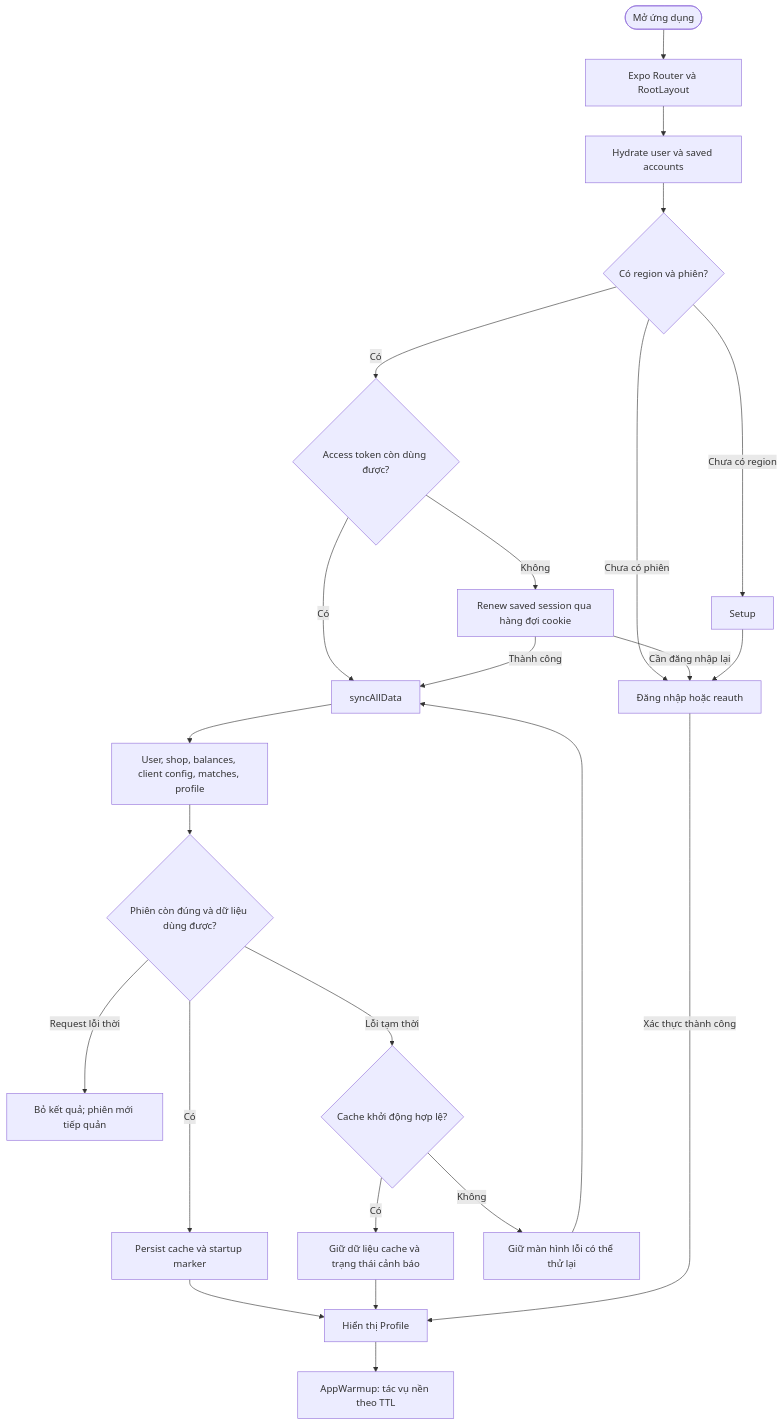
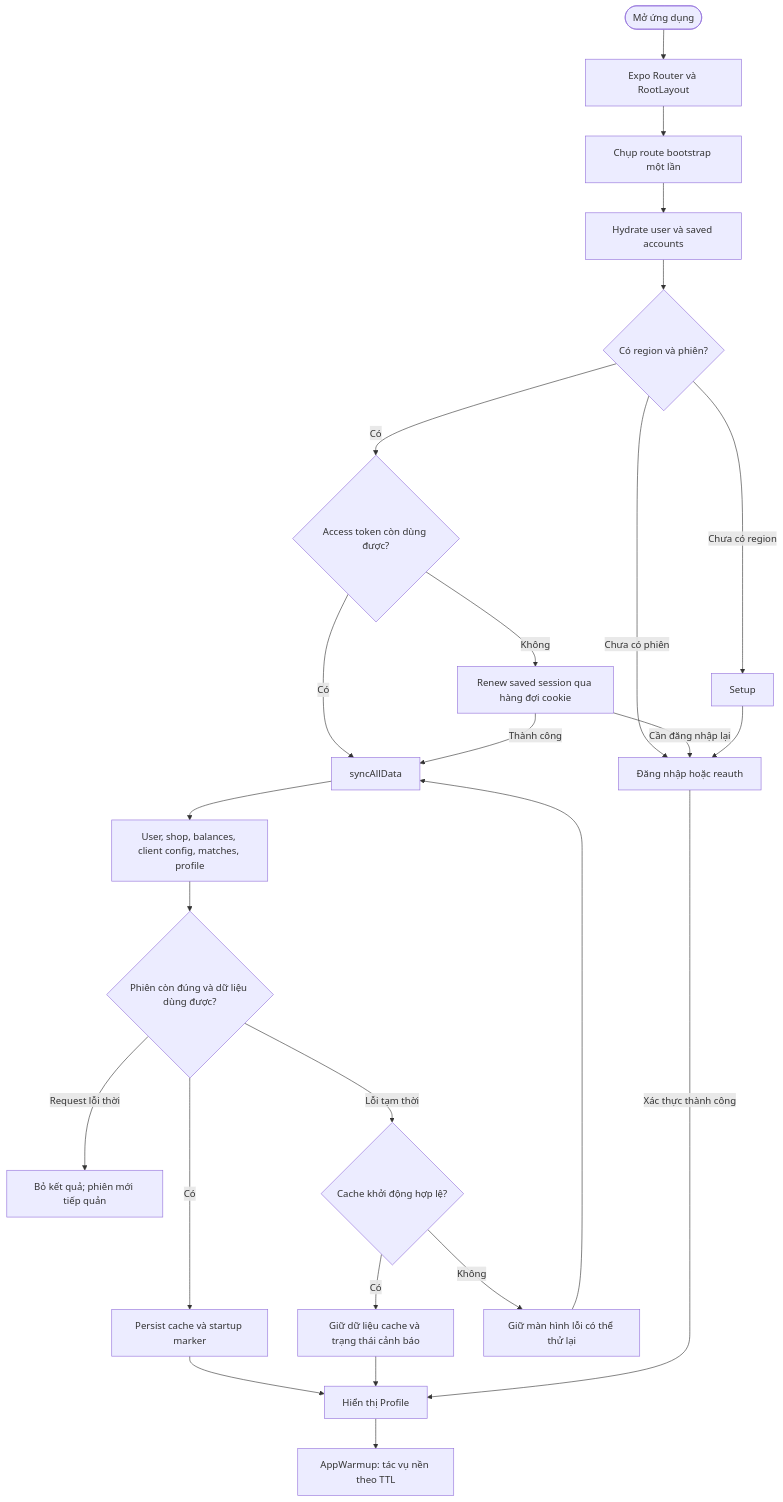
The diagram in markdown/01-flowchart.md (GinzaTech/Vshop), drawn with Mermaid before and after one commit. The commit also changed other lines of this file and 56 other files, not shown here.

````diff
--- a/markdown/01-flowchart.md
+++ b/markdown/01-flowchart.md
@@ -5,26 +5,27 @@
 ```mermaid
 flowchart TD
     A([Mở ứng dụng]) --> B[Expo Router và RootLayout]
-    B --> C[Hydrate user và saved accounts]
+    B --> B1[Chụp route bootstrap một lần]
+    B1 --> C[Hydrate user và saved accounts]
     C --> D{Có region và phiên?}
     D -- Chưa có region --> E[Setup]
     D -- Chưa có phiên --> F[Đăng nhập hoặc reauth]
     D -- Có --> G{Access token còn dùng được?}
     G -- Không --> H[Renew saved session qua hàng đợi cookie]
     G -- Có --> I[syncAllData]
     H -- Thành công --> I
     H -- Cần đăng nhập lại --> F
     I --> J[User, shop, balances, client config, matches, profile]
     J --> K{Phiên còn đúng và dữ liệu dùng được?}
     K -- Có --> L[Persist cache và startup marker]
     L --> M[Hiển thị Profile]
     M --> N[AppWarmup: tác vụ nền theo TTL]
     K -- Request lỗi thời --> O[Bỏ kết quả; phiên mới tiếp quản]
     K -- Lỗi tạm thời --> P{Cache khởi động hợp lệ?}
     P -- Có --> Q[Giữ dữ liệu cache và trạng thái cảnh báo]
     Q --> M
     P -- Không --> R[Giữ màn hình lỗi có thể thử lại]
     R --> I
     E --> F
     F -- Xác thực thành công --> M
 ```
````
